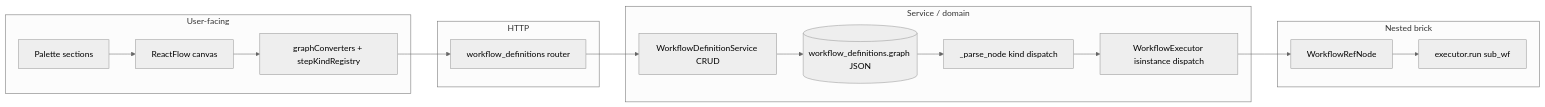
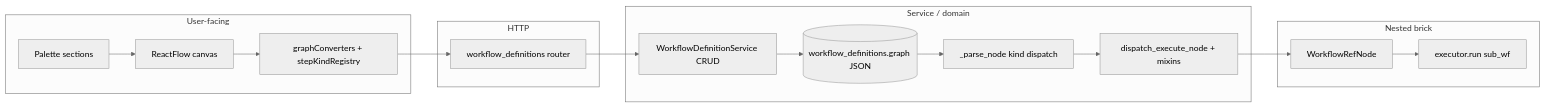
Before and after one commit to tattedweazel/mind-weave: the diagram in docs/Audits/MODULAR_DIRECTION_AUDIT.md, drawn with Mermaid (neutral theme). The commit also changed other lines of this file and 10 other files, not shown here.

````diff
--- a/docs/Audits/MODULAR_DIRECTION_AUDIT.md
+++ b/docs/Audits/MODULAR_DIRECTION_AUDIT.md
@@ -33,29 +33,29 @@
 ```mermaid
 flowchart LR
   subgraph ui [User-facing]
     Pal[Palette sections]
     RF[ReactFlow canvas]
     Conv[graphConverters + stepKindRegistry]
     Pal --> RF
     RF --> Conv
   end
   subgraph api [HTTP]
     WD[workflow_definitions router]
     Conv --> WD
   end
   subgraph domain [Service / domain]
     Svc[WorkflowDefinitionService CRUD]
     Parse[_parse_node kind dispatch]
-    Ex[WorkflowExecutor isinstance dispatch]
+    Ex[dispatch_execute_node + mixins]
     WD --> Svc
     Svc --> Row[(workflow_definitions.graph JSON)]
     Row --> Parse
     Parse --> Ex
   end
   subgraph nest [Nested brick]
     Ref[WorkflowRefNode]
     SubRun[executor.run sub_wf]
     Ref --> SubRun
   end
   Ex --> Ref
 ```
````
